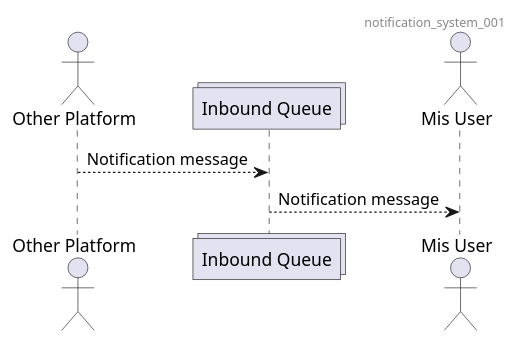
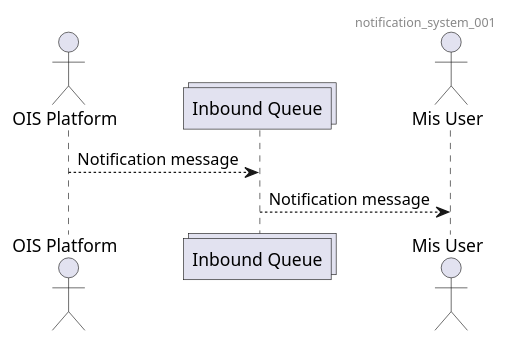
One commit to lionants02/mis-api-doc changed the second of 4 diagrams in uml/notification_system.plantuml. Above: the diagram before and after it, drawn with PlantUML. The commit also changed other lines of this file and 5 other files, not shown here.

```diff
--- a/uml/notification_system.plantuml
+++ b/uml/notification_system.plantuml
@@ -8,8 +8,8 @@
 @startuml
 Header notification_system_001
-  actor "Other Platform" as Other
+  actor "OIS Platform" as OIS
   collections "Inbound Queue" as inbound
-  Other --> inbound : Notification message
+  OIS --> inbound : Notification message
   actor "Mis User" as MIS
   inbound --> MIS : Notification message
 @enduml
```
